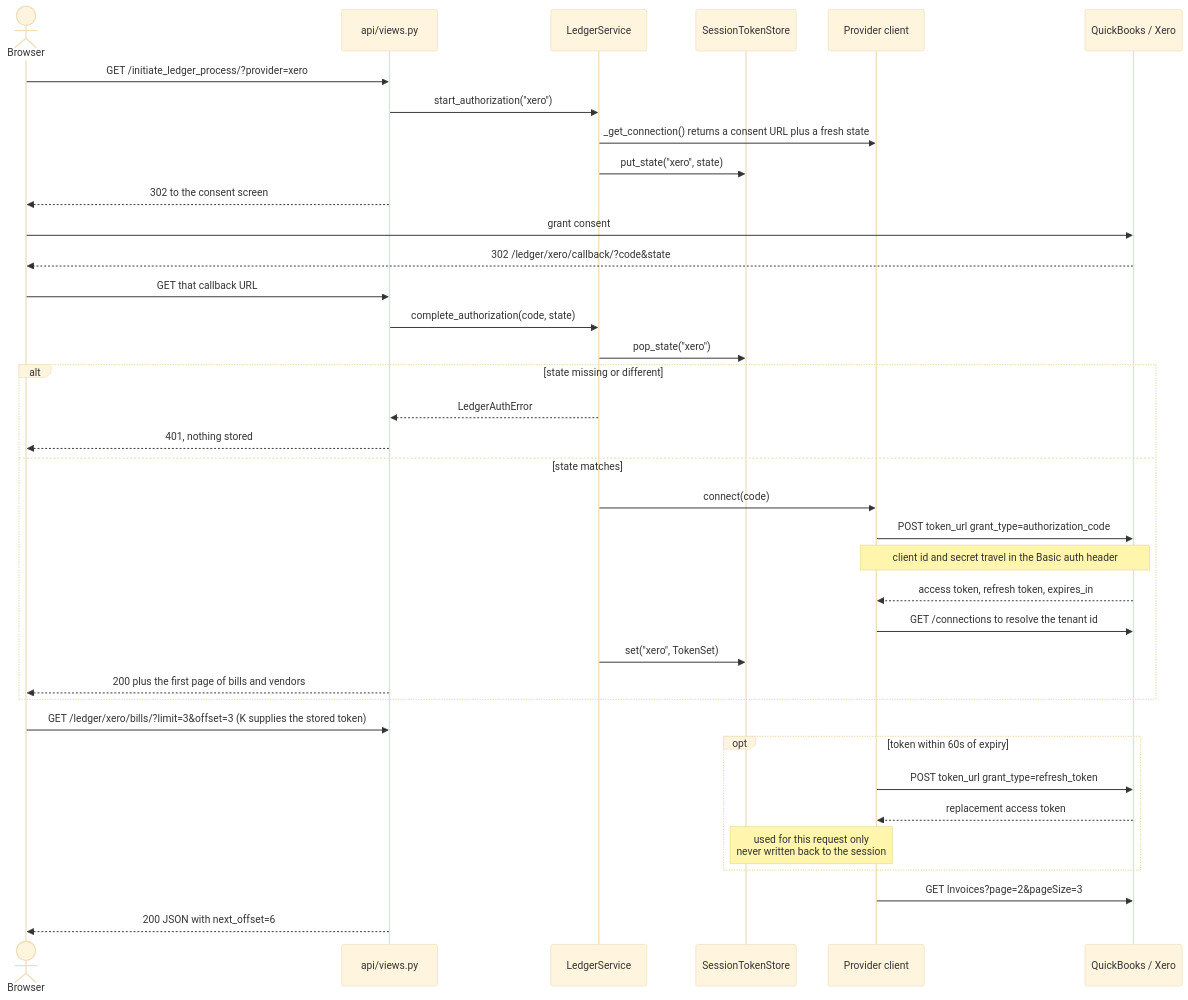
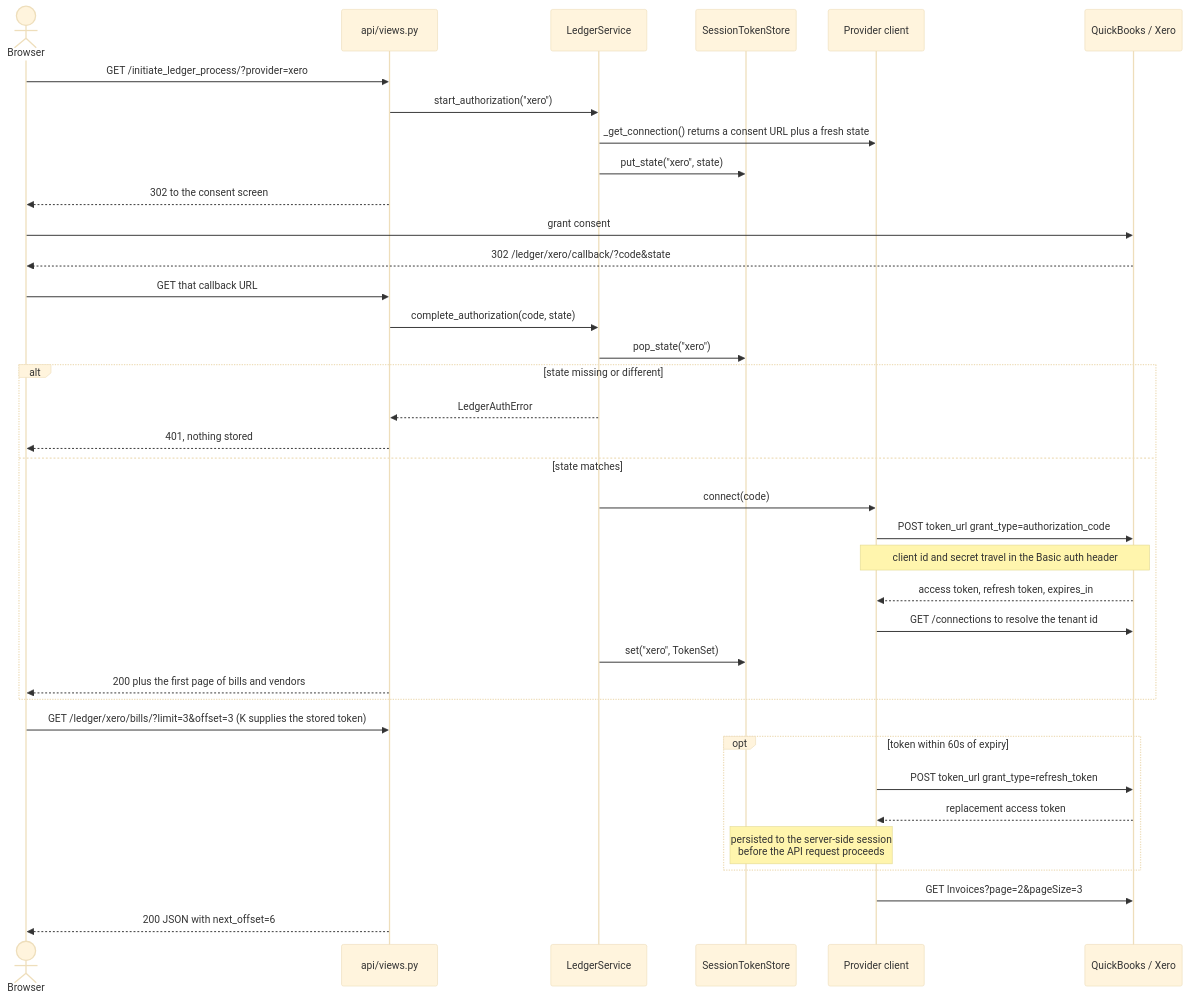
Before and after one commit to dev-mnadeem/accounting-ledger-bridge: the diagram in README.md, drawn with Mermaid (base theme). The commit also changed other lines of this file and 8 other files, not shown here.

````diff
--- a/README.md
+++ b/README.md
@@ -40,41 +40,41 @@
 ```mermaid
 sequenceDiagram
     actor B as Browser
     participant V as api/views.py
     participant S as LedgerService
     participant K as SessionTokenStore
     participant C as Provider client
     participant P as QuickBooks / Xero
 
     B->>V: GET /initiate_ledger_process/?provider=xero
     V->>S: start_authorization("xero")
     S->>C: _get_connection() returns a consent URL plus a fresh state
     S->>K: put_state("xero", state)
     V-->>B: 302 to the consent screen
     B->>P: grant consent
     P-->>B: 302 /ledger/xero/callback/?code&state
     B->>V: GET that callback URL
     V->>S: complete_authorization(code, state)
     S->>K: pop_state("xero")
     alt state missing or different
         S-->>V: LedgerAuthError
         V-->>B: 401, nothing stored
     else state matches
         S->>C: connect(code)
         C->>P: POST token_url grant_type=authorization_code
         Note over C,P: client id and secret travel in the Basic auth header
         P-->>C: access token, refresh token, expires_in
         C->>P: GET /connections to resolve the tenant id
         S->>K: set("xero", TokenSet)
 
         V-->>B: 200 plus the first page of bills and vendors
     end
     B->>V: GET /ledger/xero/bills/?limit=3&offset=3 (K supplies the stored token)
     opt token within 60s of expiry
         C->>P: POST token_url grant_type=refresh_token
         P-->>C: replacement access token
-        Note over C,K: used for this request only<br/>never written back to the session
+        Note over C,K: persisted to the server-side session<br/>before the API request proceeds
     end
     C->>P: GET Invoices?page=2&pageSize=3
     V-->>B: 200 JSON with next_offset=6
 ```
````
